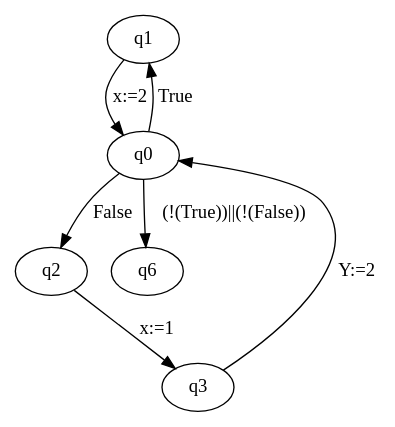
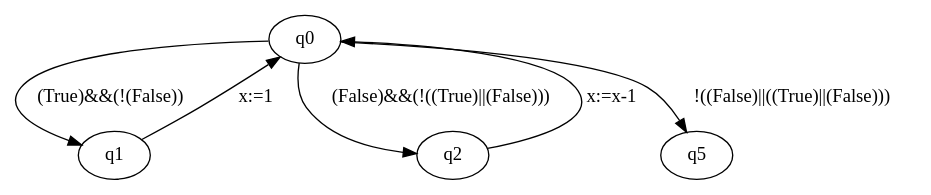
One commit to JepMik/GCL-Build-Analyse-Tool changed the diagram in graph.dot. Above: the diagram before and after it, drawn with Graphviz. The commit also changed 2 other files, not shown here.

Commit message:
Graphs fixed

```diff
--- a/graph.dot
+++ b/graph.dot
@@ -1,8 +1,7 @@
 strict digraph {
-q1 -> q0[label="x:=2"];
-q0 -> q1[label="True"];
-q2 -> q3[label="x:=1"];
-q3 -> q0[label="Y:=2"];
-q0 -> q2[label="False"];
-q0 -> q6[label="(!(True))||(!(False))"];
+q0 -> q1[label="(True)&&(!(False))"];
+q1 -> q0[label="x:=1"];
+q0 -> q2[label="(False)&&(!((True)||(False)))"];
+q2 -> q0[label="x:=x-1"];
+q0 -> q5[label="!((False)||((True)||(False)))"];
 }
```
